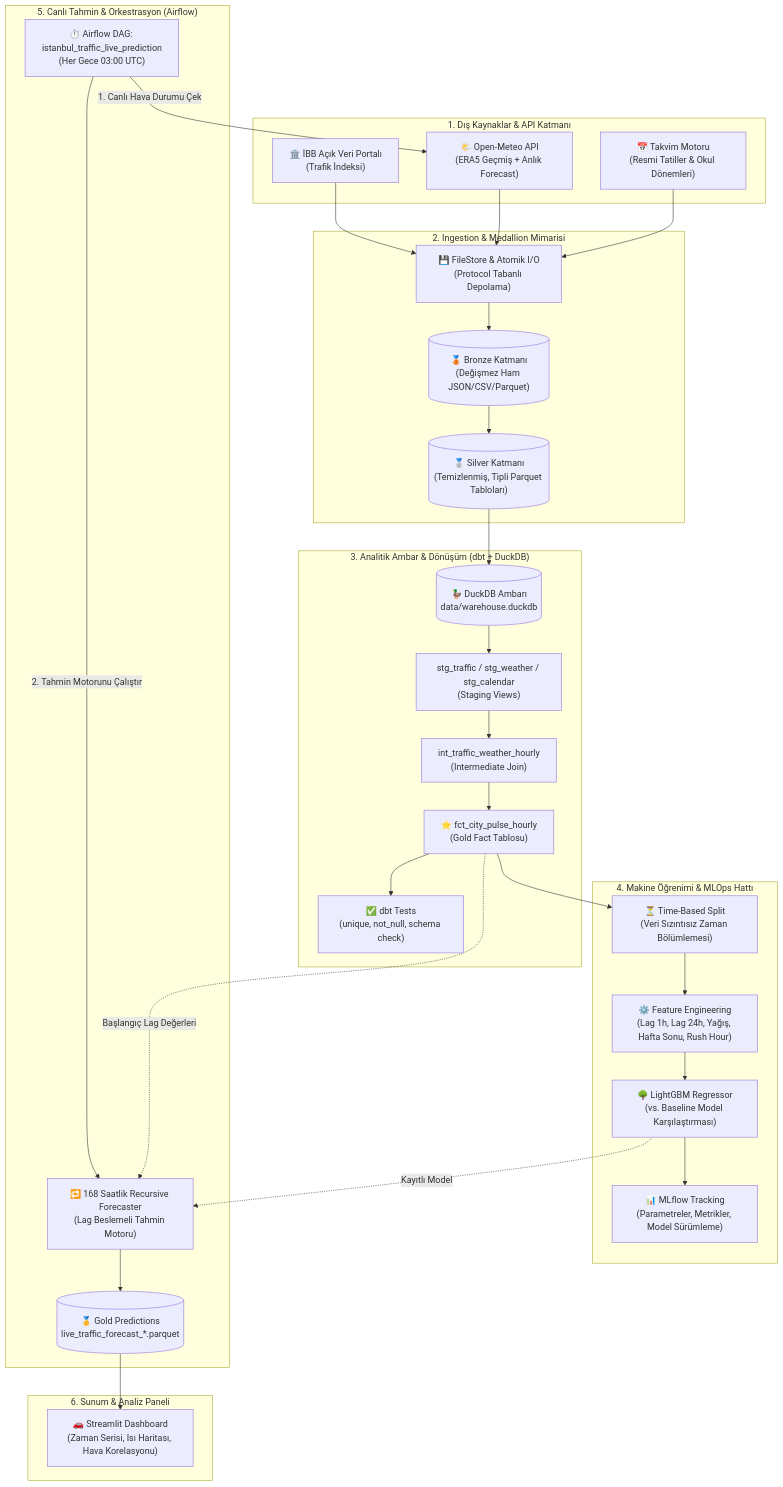
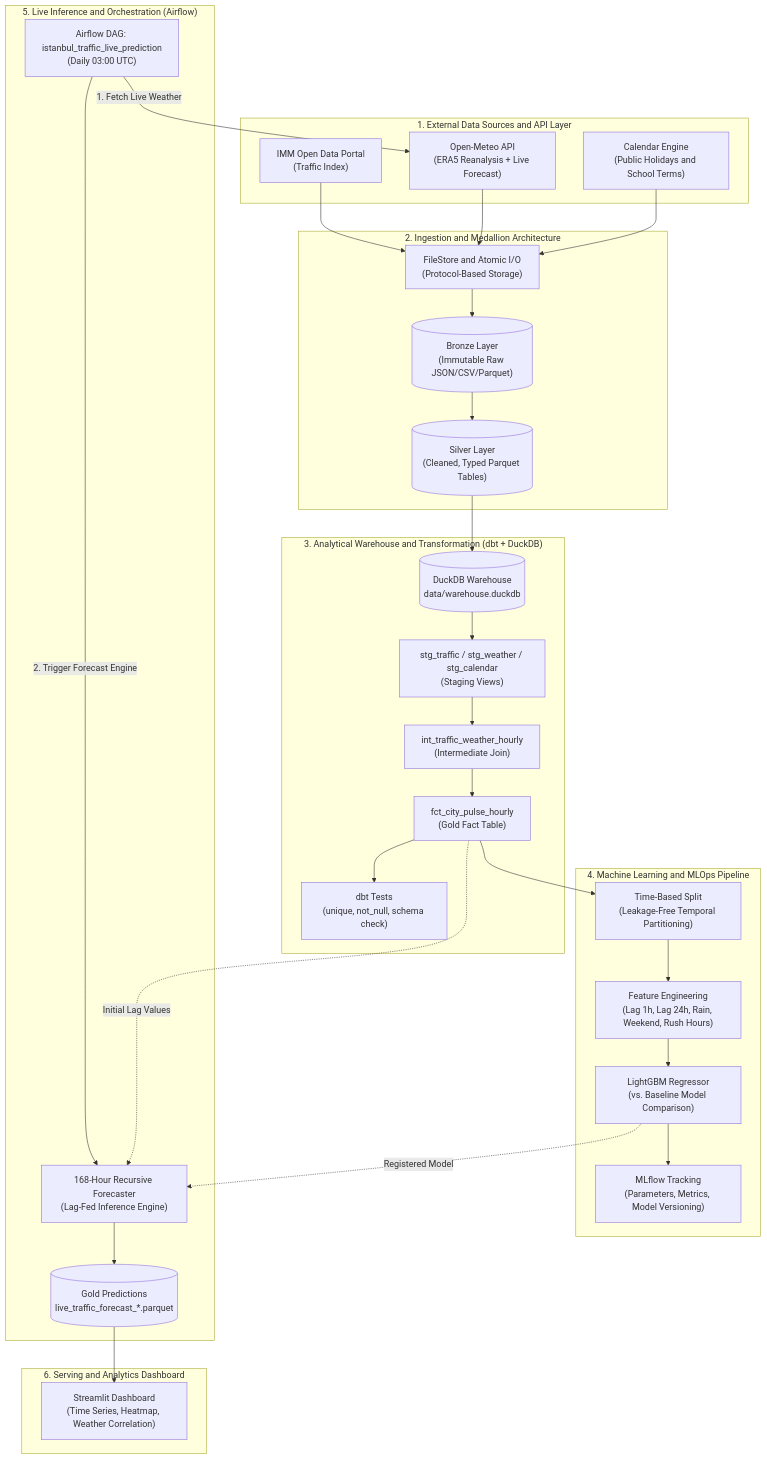
Before and after one commit to MuhammedKeremDemirbent/ISTANBUL-CITY-PULSE: the diagram in README.md, drawn with Mermaid. The commit also changed other lines of this file, not shown here.

````diff
--- a/README.md
+++ b/README.md
@@ -24,56 +24,56 @@
 ```mermaid
 flowchart TD
-    subgraph SOURCES["1. Dış Kaynaklar & API Katmanı"]
-        IBB["🏛️ İBB Açık Veri Portalı<br/>(Trafik İndeksi)"]
-        METEO["🌤️ Open-Meteo API<br/>(ERA5 Geçmiş + Anlık Forecast)"]
-        CAL["📅 Takvim Motoru<br/>(Resmi Tatiller & Okul Dönemleri)"]
+    subgraph SOURCES["1. External Data Sources and API Layer"]
+        IBB["IMM Open Data Portal<br/>(Traffic Index)"]
+        METEO["Open-Meteo API<br/>(ERA5 Reanalysis + Live Forecast)"]
+        CAL["Calendar Engine<br/>(Public Holidays and School Terms)"]
     end
 
-    subgraph INGESTION["2. Ingestion & Medallion Mimarisi"]
-        BRONZE[("🥉 Bronze Katmanı<br/>(Değişmez Ham JSON/CSV/Parquet)")]
-        SILVER[("🥈 Silver Katmanı<br/>(Temizlenmiş, Tipli Parquet Tabloları)")]
-        STORE["💾 FileStore & Atomik I/O<br/>(Protocol Tabanlı Depolama)"]
+    subgraph INGESTION["2. Ingestion and Medallion Architecture"]
+        BRONZE[("Bronze Layer<br/>(Immutable Raw JSON/CSV/Parquet)")]
+        SILVER[("Silver Layer<br/>(Cleaned, Typed Parquet Tables)")]
+        STORE["FileStore and Atomic I/O<br/>(Protocol-Based Storage)"]
     end
 
-    subgraph WAREHOUSE["3. Analitik Ambar & Dönüşüm (dbt + DuckDB)"]
-        DUCK[("🦆 DuckDB Ambarı<br/>data/warehouse.duckdb")]
+    subgraph WAREHOUSE["3. Analytical Warehouse and Transformation (dbt + DuckDB)"]
+        DUCK[("DuckDB Warehouse<br/>data/warehouse.duckdb")]
         STG["stg_traffic / stg_weather / stg_calendar<br/>(Staging Views)"]
         INT["int_traffic_weather_hourly<br/>(Intermediate Join)"]
-        MART["⭐ fct_city_pulse_hourly<br/>(Gold Fact Tablosu)"]
-        TESTS["✅ dbt Tests<br/>(unique, not_null, schema check)"]
+        MART["fct_city_pulse_hourly<br/>(Gold Fact Table)"]
+        TESTS["dbt Tests<br/>(unique, not_null, schema check)"]
     end
 
-    subgraph MLOPS["4. Makine Öğrenimi & MLOps Hattı"]
-        SPLIT["⏳ Time-Based Split<br/>(Veri Sızıntısız Zaman Bölümlemesi)"]
-        FEAT["⚙️ Feature Engineering<br/>(Lag 1h, Lag 24h, Yağış, Hafta Sonu, Rush Hour)"]
-        LGBM["🌳 LightGBM Regressor<br/>(vs. Baseline Model Karşılaştırması)"]
-        MLFLOW["📊 MLflow Tracking<br/>(Parametreler, Metrikler, Model Sürümleme)"]
+    subgraph MLOPS["4. Machine Learning and MLOps Pipeline"]
+        SPLIT["Time-Based Split<br/>(Leakage-Free Temporal Partitioning)"]
+        FEAT["Feature Engineering<br/>(Lag 1h, Lag 24h, Rain, Weekend, Rush Hours)"]
+        LGBM["LightGBM Regressor<br/>(vs. Baseline Model Comparison)"]
+        MLFLOW["MLflow Tracking<br/>(Parameters, Metrics, Model Versioning)"]
     end
 
-    subgraph ORCHESTRATION["5. Canlı Tahmin & Orkestrasyon (Airflow)"]
-        DAG["⏱️ Airflow DAG: istanbul_traffic_live_prediction<br/>(Her Gece 03:00 UTC)"]
-        RECURSIVE["🔁 168 Saatlik Recursive Forecaster<br/>(Lag Beslemeli Tahmin Motoru)"]
-        PRED_GOLD[("🥇 Gold Predictions<br/>live_traffic_forecast_*.parquet")]
+    subgraph ORCHESTRATION["5. Live Inference and Orchestration (Airflow)"]
+        DAG["Airflow DAG: istanbul_traffic_live_prediction<br/>(Daily 03:00 UTC)"]
+        RECURSIVE["168-Hour Recursive Forecaster<br/>(Lag-Fed Inference Engine)"]
+        PRED_GOLD[("Gold Predictions<br/>live_traffic_forecast_*.parquet")]
     end
 
-    subgraph SERVING["6. Sunum & Analiz Paneli"]
-        DASH["🚗 Streamlit Dashboard<br/>(Zaman Serisi, Isı Haritası, Hava Korelasyonu)"]
+    subgraph SERVING["6. Serving and Analytics Dashboard"]
+        DASH["Streamlit Dashboard<br/>(Time Series, Heatmap, Weather Correlation)"]
     end
 
-    %% Akış Bağlantıları
+    %% Pipeline Connections
     IBB --> STORE
     METEO --> STORE
     CAL --> STORE
     STORE --> BRONZE --> SILVER --> DUCK
 
     DUCK --> STG --> INT --> MART
     MART --> TESTS
     MART --> SPLIT --> FEAT --> LGBM --> MLFLOW
 
-    DAG -->|1. Canlı Hava Durumu Çek| METEO
-    DAG -->|2. Tahmin Motorunu Çalıştır| RECURSIVE
-    LGBM -.->|Kayıtlı Model| RECURSIVE
-    MART -.->|Başlangıç Lag Değerleri| RECURSIVE
+    DAG -->|1. Fetch Live Weather| METEO
+    DAG -->|2. Trigger Forecast Engine| RECURSIVE
+    LGBM -.->|Registered Model| RECURSIVE
+    MART -.->|Initial Lag Values| RECURSIVE
     RECURSIVE --> PRED_GOLD
     PRED_GOLD --> DASH
 ```
````
